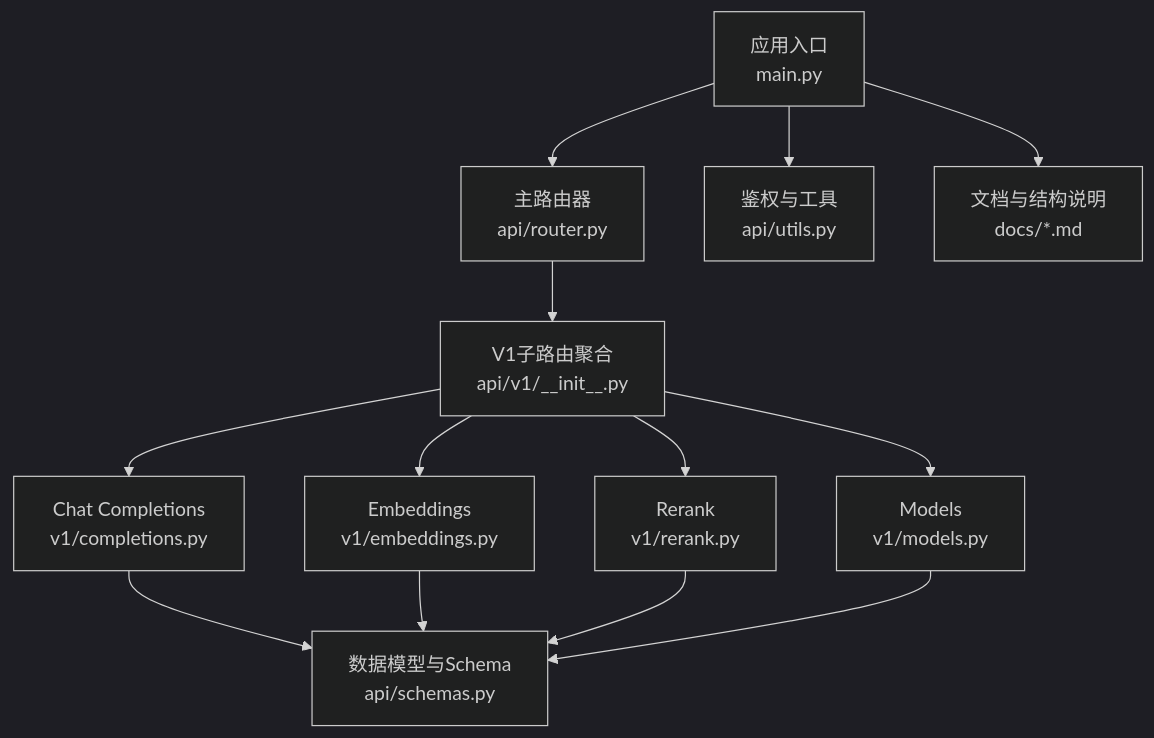
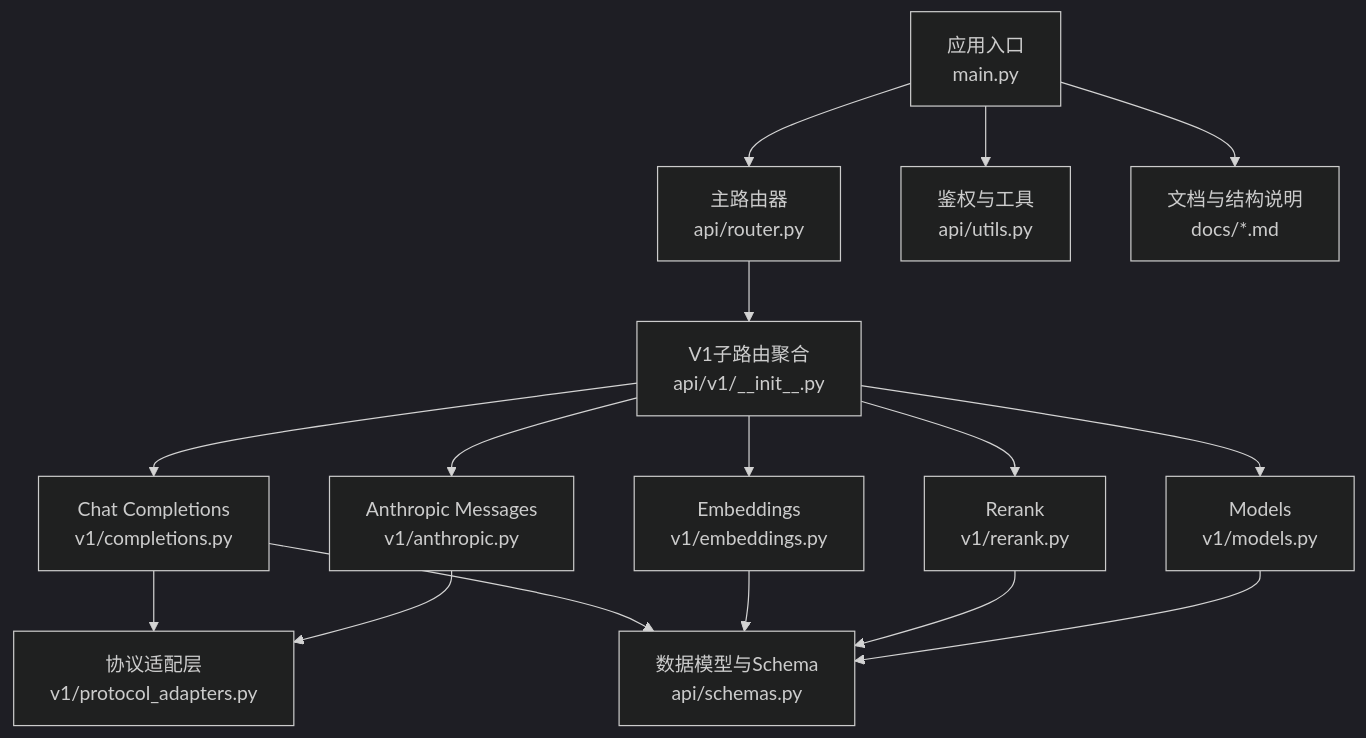
The first of 5 diagrams in docs/wiki/content/API参考文档/API参考文档.md (snz1dp/apiproxy), drawn with Mermaid (dark theme) before and after one commit. The commit also changed other lines of this file and 12 other files, not shown here.

````diff
--- a/docs/wiki/content/API参考文档/API参考文档.md
+++ b/docs/wiki/content/API参考文档/API参考文档.md
@@ -54,15 +60,18 @@
 ```mermaid
 graph TB
 A["应用入口<br/>main.py"] --> B["主路由器<br/>api/router.py"]
 B --> C["V1子路由聚合<br/>api/v1/__init__.py"]
 C --> D["Chat Completions<br/>v1/completions.py"]
+C --> DA["Anthropic Messages<br/>v1/anthropic.py"]
 C --> E["Embeddings<br/>v1/embeddings.py"]
 C --> F["Rerank<br/>v1/rerank.py"]
 C --> G["Models<br/>v1/models.py"]
+D --> P["协议适配层<br/>v1/protocol_adapters.py"]
+DA --> P
 D --> H["数据模型与Schema<br/>api/schemas.py"]
 E --> H
 F --> H
 G --> H
 A --> I["鉴权与工具<br/>api/utils.py"]
 A --> J["文档与结构说明<br/>docs/*.md"]
 ```
````
